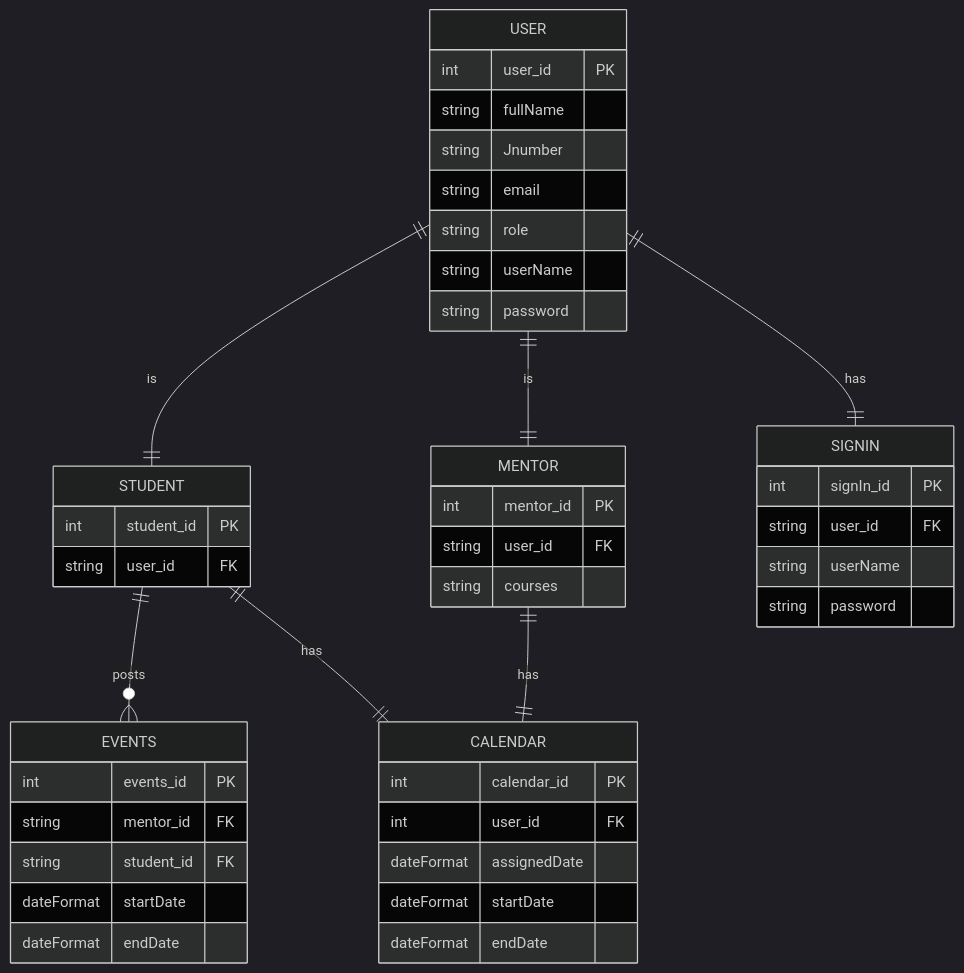
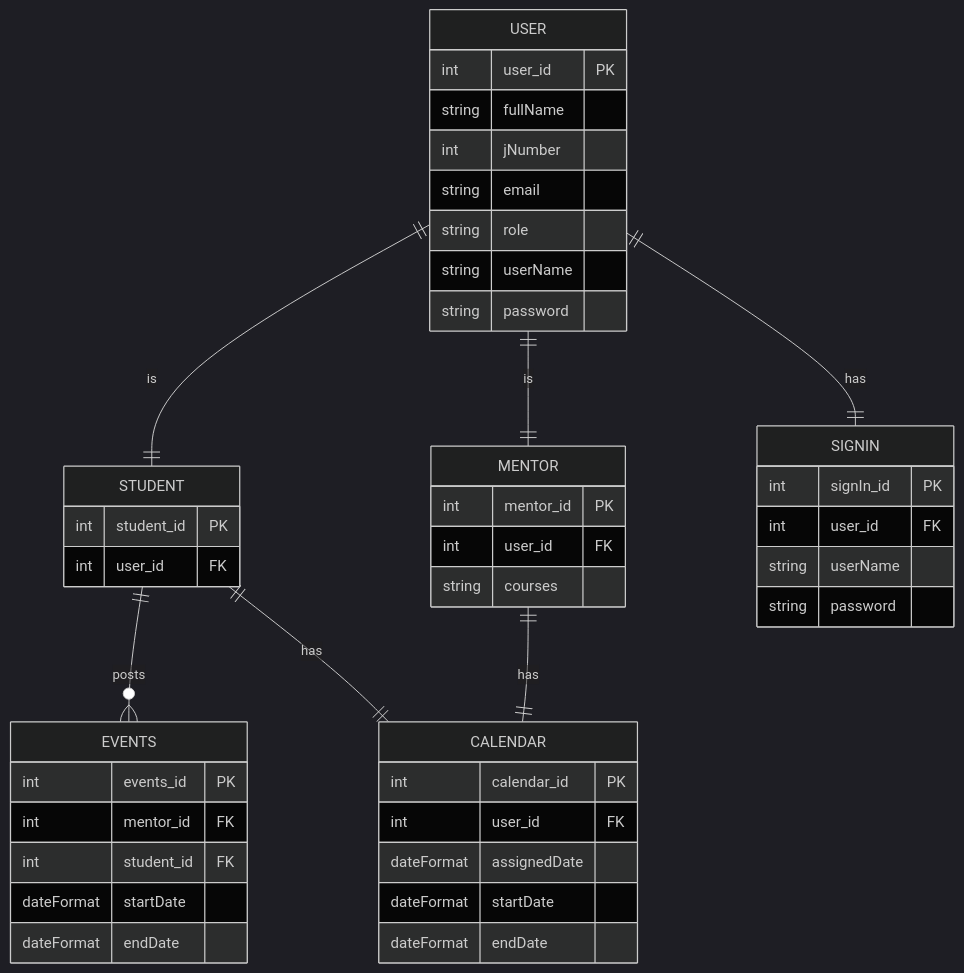
Before and after one commit to kirubeltadesse/sap-core: the diagram in Doc/ER_diagram.md, drawn with Mermaid (dark theme). The commit also changed other lines of this file, not shown here.

Commit message:
updated documentation on ER_diagram (#44)

````diff
--- a/Doc/ER_diagram.md
+++ b/Doc/ER_diagram.md
@@ -11,48 +11,48 @@
 ```mermaid
   erDiagram
           USER ||--|| STUDENT : is 
           USER ||--|| MENTOR : is
           USER ||--|| SIGNIN : has
           STUDENT ||--o{ EVENTS : posts
           STUDENT ||--|| CALENDAR : has
           MENTOR ||--|| CALENDAR : has
         USER {
             int user_id PK
             string fullName
-            string Jnumber
+            int jNumber
             string email
             string role
             string userName
             string password
         }
         STUDENT {
             int student_id PK
-            string user_id FK
+            int user_id FK
         }
         MENTOR {
             int mentor_id PK
-            string user_id FK
+            int user_id FK
             string courses
         }
         SIGNIN {
             int signIn_id PK
-            string user_id FK
+            int user_id FK
             string userName
             string password    
         }
         EVENTS {
             int events_id PK
-            string mentor_id FK
-            string student_id FK
+            int mentor_id FK
+            int student_id FK
             dateFormat startDate
             dateFormat endDate
         }
         CALENDAR {
             int calendar_id PK
             int user_id FK
             dateFormat assignedDate
             dateFormat startDate
             dateFormat endDate
         }
         
 ```
````
